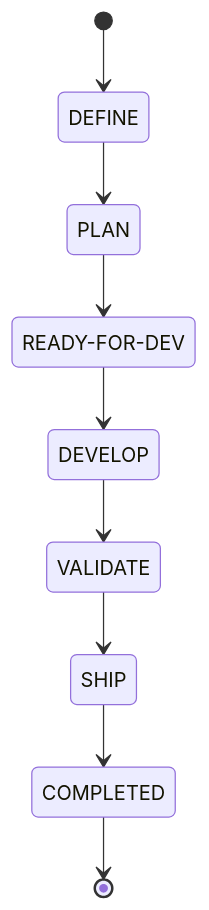
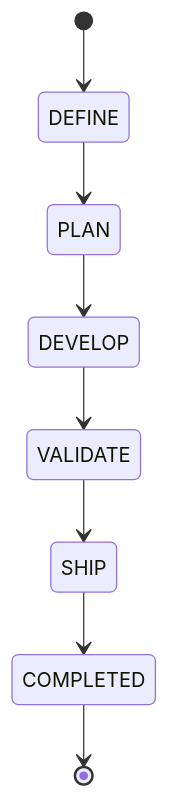
The third of 3 diagrams in docs/architecture/state-machine.md (dariopalminio/agile-sddf), drawn with Mermaid before and after one commit. The commit also changed other lines of this file and 16 other files, not shown here.

````diff
--- a/docs/architecture/state-machine.md
+++ b/docs/architecture/state-machine.md
@@ -147,13 +145,10 @@
 ```mermaid
 stateDiagram-v2
     [*] --> DEFINE
     DEFINE --> PLAN
-    PLAN --> RFD
-    RFD --> DEVELOP
+    PLAN --> DEVELOP
     DEVELOP --> VALIDATE
     VALIDATE --> SHIP
     SHIP --> COMPLETED
     COMPLETED --> [*]
-
-    state "READY-FOR-DEV" as RFD
 ```
````
